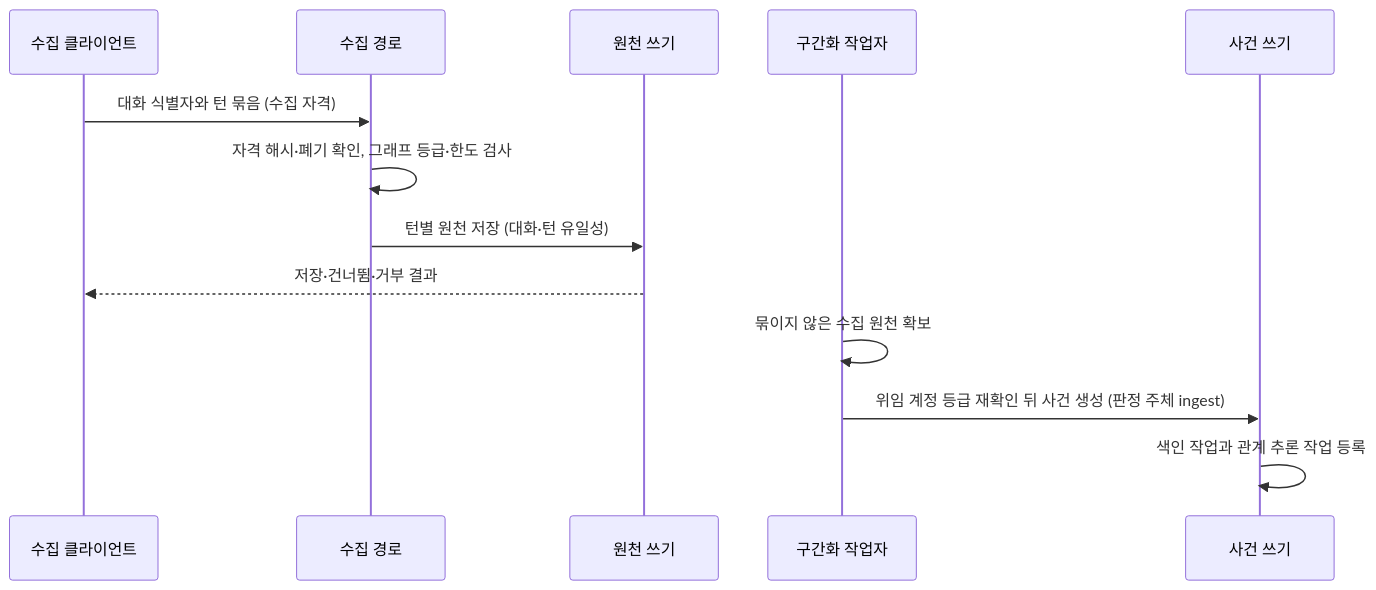
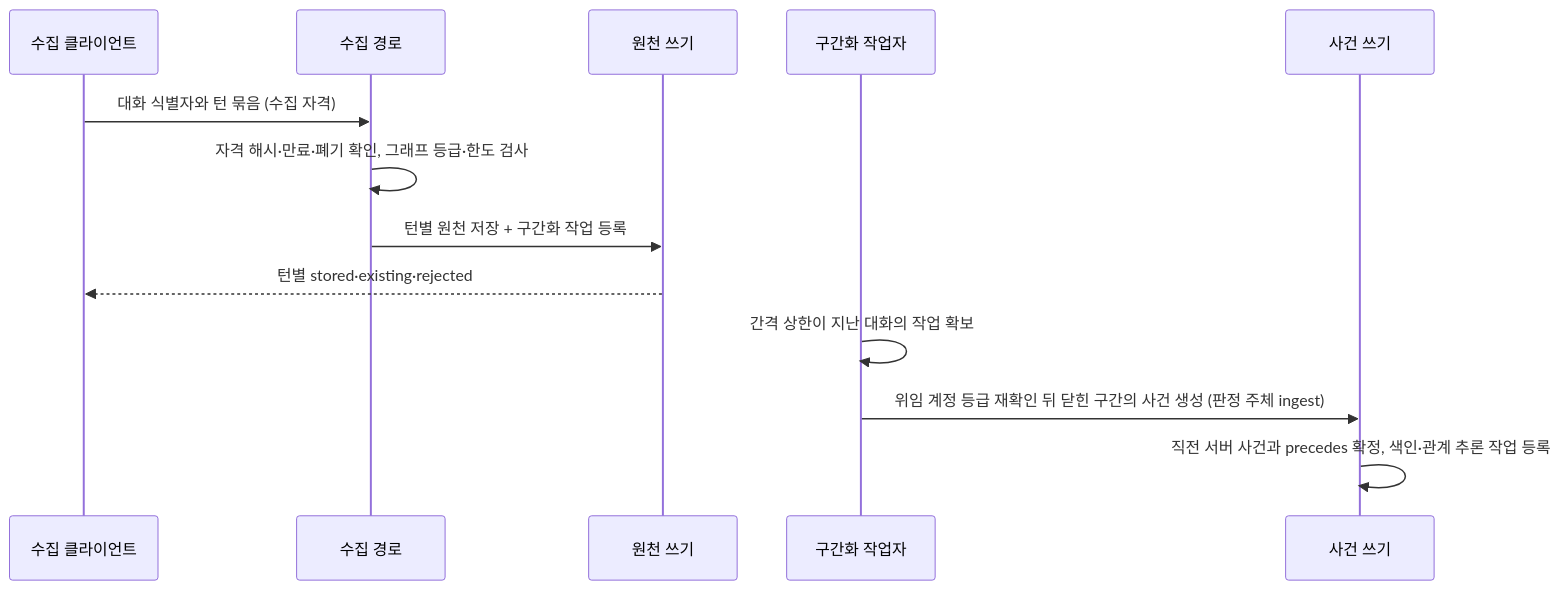
Before and after one commit to Alpha-gone/agent-context-sharing: the diagram in spec/service/agent-context/sdd/conversation-ingestion.md, drawn with Mermaid. The commit also changed other lines of this file and 14 other files, not shown here.

````diff
--- a/spec/service/agent-context/sdd/conversation-ingestion.md
+++ b/spec/service/agent-context/sdd/conversation-ingestion.md
@@ -11,16 +11,16 @@
 ```mermaid
 sequenceDiagram
     participant C as 수집 클라이언트
     participant H as 수집 경로
     participant S as 원천 쓰기
     participant W as 구간화 작업자
     participant E as 사건 쓰기
 
     C->>H: 대화 식별자와 턴 묶음 (수집 자격)
-    H->>H: 자격 해시·폐기 확인, 그래프 등급·한도 검사
-    H->>S: 턴별 원천 저장 (대화·턴 유일성)
-    S-->>C: 저장·건너뜀·거부 결과
-    W->>W: 묶이지 않은 수집 원천 확보
-    W->>E: 위임 계정 등급 재확인 뒤 사건 생성 (판정 주체 ingest)
-    E->>E: 색인 작업과 관계 추론 작업 등록
+    H->>H: 자격 해시·만료·폐기 확인, 그래프 등급·한도 검사
+    H->>S: 턴별 원천 저장 + 구간화 작업 등록
+    S-->>C: 턴별 stored·existing·rejected
+    W->>W: 간격 상한이 지난 대화의 작업 확보
+    W->>E: 위임 계정 등급 재확인 뒤 닫힌 구간의 사건 생성 (판정 주체 ingest)
+    E->>E: 직전 서버 사건과 precedes 확정, 색인·관계 추론 작업 등록
 ```
````
